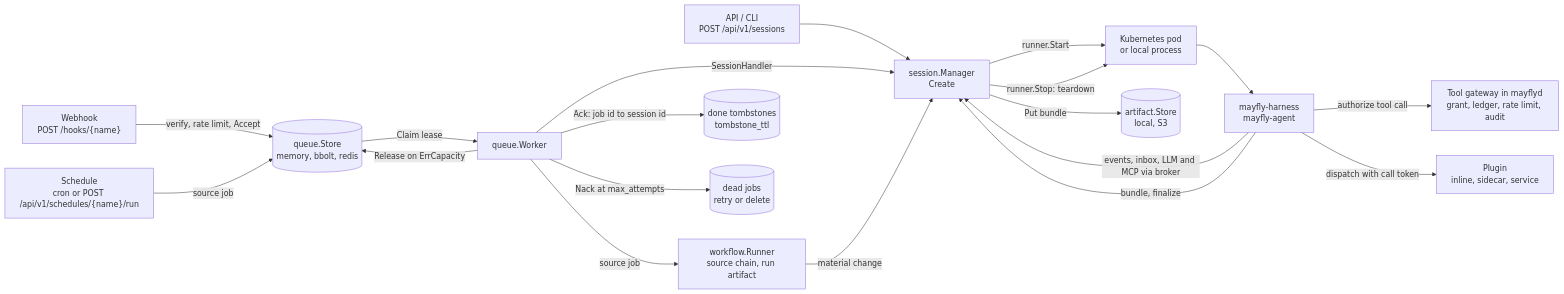
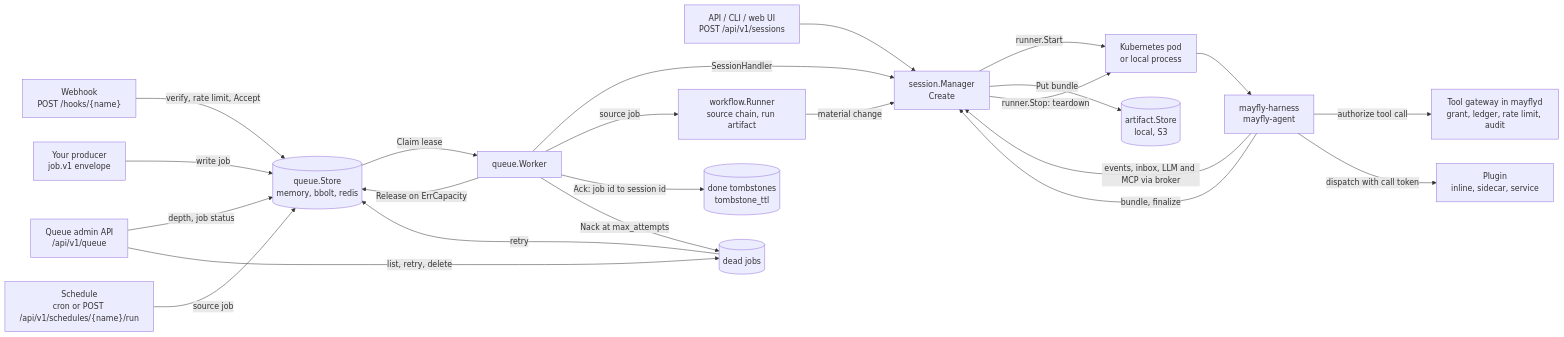
The diagram in README.md (hayfever/mayfly), drawn with Mermaid before and after one commit. The commit also changed other lines of this file and 1 other file, not shown here.

First line of the commit message:
README: group features; move non-goals and layout to docs/architecture.md (#55)

````diff
--- a/README.md
+++ b/README.md
@@ -42,21 +58,25 @@
 ```mermaid
 flowchart LR
   Hook["Webhook<br/>POST /hooks/{name}"] -->|"verify, rate limit, Accept"| Q[("queue.Store<br/>memory, bbolt, redis")]
-  API["API / CLI<br/>POST /api/v1/sessions"] --> M
+  Producer["Your producer<br/>job.v1 envelope"] -->|"write job"| Q
   Cron["Schedule<br/>cron or POST /api/v1/schedules/{name}/run"] -->|"source job"| Q
+  API["API / CLI / web UI<br/>POST /api/v1/sessions"] --> M
+  Admin["Queue admin API<br/>/api/v1/queue"] -->|"depth, job status"| Q
+  Admin -->|"list, retry, delete"| Dead
   Q -->|"Claim lease"| W["queue.Worker"]
   W -->|"SessionHandler"| M["session.Manager<br/>Create"]
   W -->|"source job"| WF["workflow.Runner<br/>source chain, run artifact"]
   WF -->|"material change"| M
   W -->|"Release on ErrCapacity"| Q
   W -->|"Ack: job id to session id"| Done[("done tombstones<br/>tombstone_ttl")]
-  W -->|"Nack at max_attempts"| Dead[("dead jobs<br/>retry or delete")]
+  W -->|"Nack at max_attempts"| Dead[("dead jobs")]
+  Dead -->|"retry"| Q
   M -->|"runner.Start"| R["Kubernetes pod<br/>or local process"]
   R --> A["mayfly-harness<br/>mayfly-agent"]
   A -->|"events, inbox, LLM and MCP via broker"| M
   A -->|"authorize tool call"| G["Tool gateway in mayflyd<br/>grant, ledger, rate limit, audit"]
   A -->|"dispatch with call token"| P["Plugin<br/>inline, sidecar, service"]
   A -->|"bundle, finalize"| M
   M -->|"Put bundle"| S[("artifact.Store<br/>local, S3")]
   M -->|"runner.Stop: teardown"| R
 ```
````
